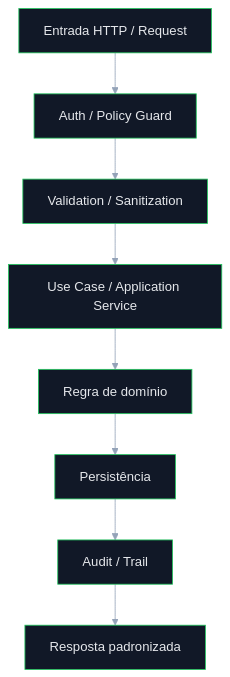
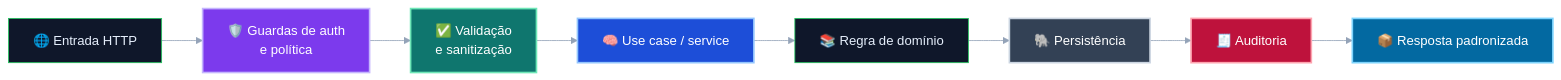
The fifth of 8 diagrams in README.md (matheusdiamantino-betalent/IA), drawn with Mermaid before and after one commit. The commit also changed other lines of this file, not shown here.

````diff
--- a/README.md
+++ b/README.md
@@ -799,24 +685,31 @@
 ```mermaid
 %%{init: {
   "theme": "base",
   "themeVariables": {
-    "background": "#0b1220",
-    "primaryColor": "#111827",
-    "primaryTextColor": "#e5e7eb",
+    "background": "#07111d",
+    "primaryColor": "#0f172a",
+    "primaryTextColor": "#e5eefb",
     "primaryBorderColor": "#22c55e",
-    "secondaryColor": "#0f172a",
-    "secondaryTextColor": "#e5e7eb",
-    "tertiaryColor": "#111827",
-    "tertiaryTextColor": "#e5e7eb",
+    "secondaryColor": "#111827",
+    "secondaryTextColor": "#e5eefb",
+    "tertiaryColor": "#0b1220",
+    "tertiaryTextColor": "#e5eefb",
     "lineColor": "#94a3b8"
   }
 }}%%
-flowchart TD
-    A["Entrada HTTP / Request"] --> B["Auth / Policy Guard"]
-    B --> C["Validation / Sanitization"]
-    C --> D["Use Case / Application Service"]
-    D --> E["Regra de domínio"]
-    E --> F["Persistência"]
-    F --> G["Audit / Trail"]
-    G --> H["Resposta padronizada"]
+flowchart LR
+    A["🌐 Entrada HTTP"] --> B["🛡️ Guardas de auth\ne política"]
+    B --> C["✅ Validação\ne sanitização"]
+    C --> D["🧠 Use case / service"]
+    D --> E["📚 Regra de domínio"]
+    E --> F["🐘 Persistência"]
+    F --> G["🧾 Auditoria"]
+    G --> H["📦 Resposta padronizada"]
+
+    style B fill:#7c3aed,stroke:#c4b5fd,stroke-width:2px,color:#ffffff
+    style C fill:#0f766e,stroke:#6ee7b7,stroke-width:2px,color:#ffffff
+    style D fill:#1d4ed8,stroke:#93c5fd,stroke-width:2px,color:#ffffff
+    style F fill:#334155,stroke:#cbd5e1,stroke-width:2px,color:#ffffff
+    style G fill:#be123c,stroke:#fda4af,stroke-width:2px,color:#ffffff
+    style H fill:#0369a1,stroke:#7dd3fc,stroke-width:2px,color:#ffffff
 ```
````
